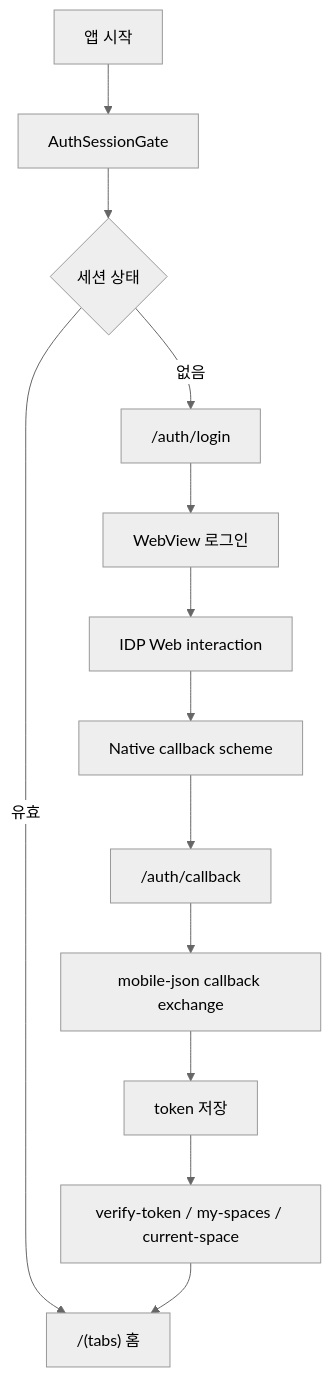
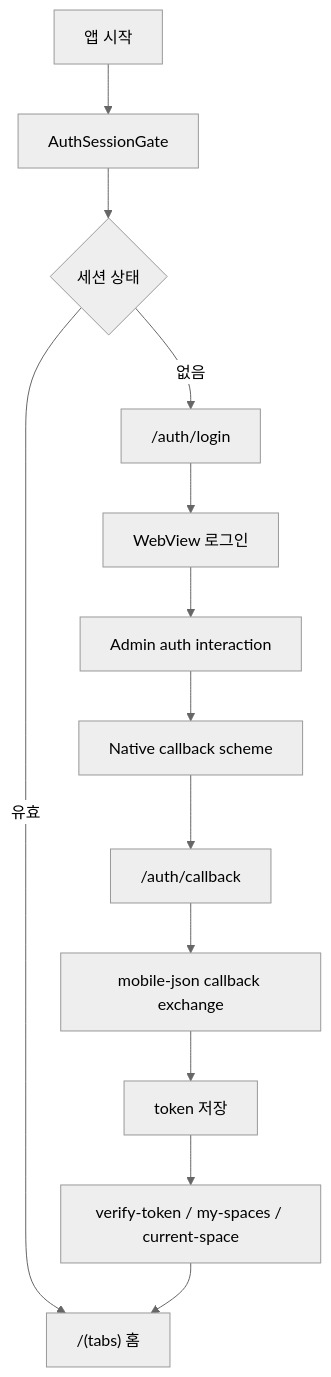
Before and after one commit to kimjoongwon/prj-core: the first of 4 diagrams in docs/mobile-oidc-flow.guide.md, drawn with Mermaid (neutral theme). The commit also changed other lines of this file and 1483 other files, not shown here.

````diff
--- a/docs/mobile-oidc-flow.guide.md
+++ b/docs/mobile-oidc-flow.guide.md
@@ -10,15 +10,15 @@
 ```mermaid
 flowchart TD
   Start["앱 시작"] --> Gate["AuthSessionGate"]
   Gate --> Status{"세션 상태"}
   Status -->|유효| Home["/(tabs) 홈"]
   Status -->|없음| Login["/auth/login"]
   Login --> WebView["WebView 로그인"]
-  WebView --> Interaction["IDP Web interaction"]
+  WebView --> Interaction["Admin auth interaction"]
   Interaction --> NativeCallback["Native callback scheme"]
   NativeCallback --> CallbackRoute["/auth/callback"]
   CallbackRoute --> Exchange["mobile-json callback exchange"]
   Exchange --> Store["token 저장"]
   Store --> Verify["verify-token / my-spaces / current-space"]
   Verify --> Home
 ```
````
